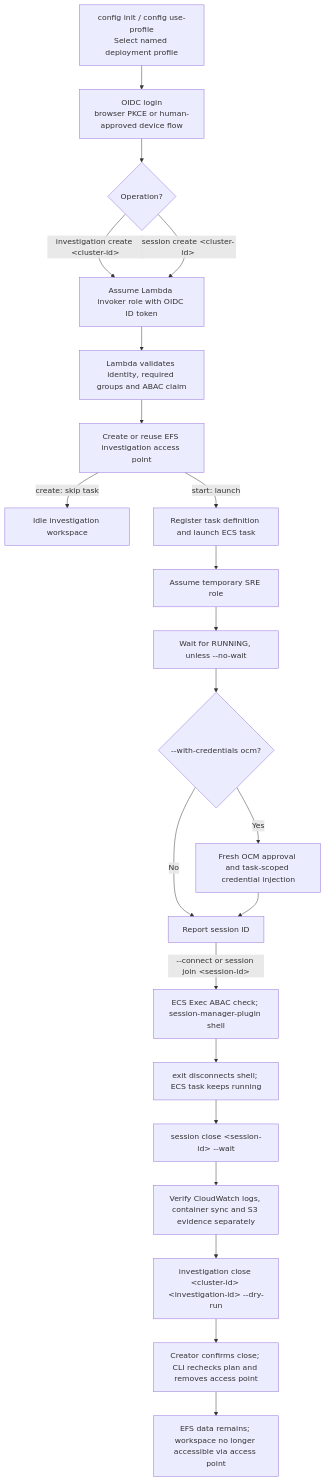
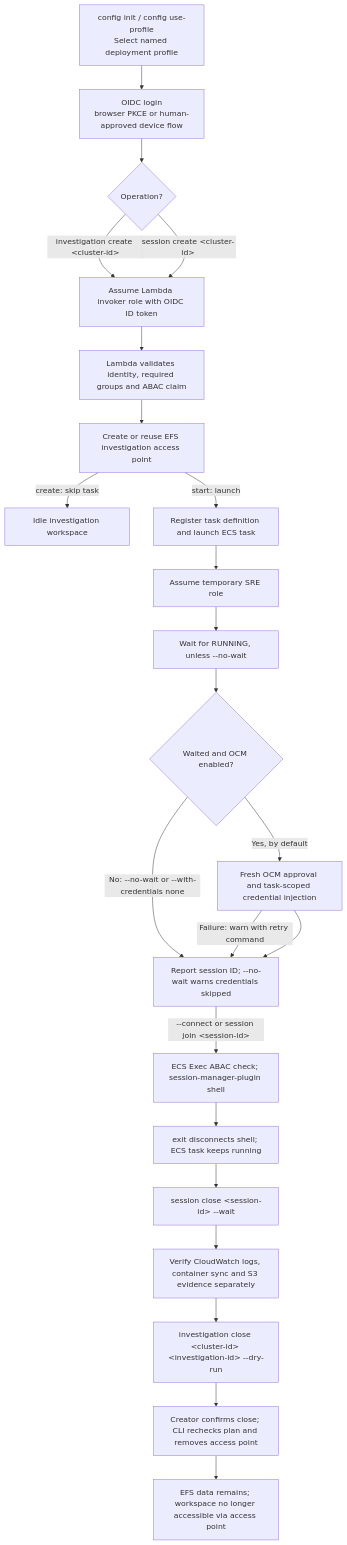
One commit to openshift-online/rosa-boundary changed the diagram in docs/workflows.md. Above: the diagram before and after it, drawn with Mermaid. The commit also changed 9 other files, not shown here.

Commit message:
Default session creation to OCM credential injection (#554)

````diff
--- a/docs/workflows.md
+++ b/docs/workflows.md
@@ -5,24 +5,25 @@
 ```mermaid
 flowchart TD
     PROFILE["config init / config use-profile<br/>Select named deployment profile"] --> AUTH["OIDC login<br/>browser PKCE or human-approved device flow"]
     AUTH --> CREATE{"Operation?"}
     CREATE -->|"investigation create &lt;cluster-id&gt;"| INVOKER["Assume Lambda invoker role with OIDC ID token"]
     CREATE -->|"session create &lt;cluster-id&gt;"| INVOKER
     INVOKER --> LAMBDA["Lambda validates identity, required groups and ABAC claim"]
     LAMBDA --> EFS["Create or reuse EFS investigation access point"]
     EFS -->|"create: skip task"| IDLE["Idle investigation workspace"]
     EFS -->|"start: launch"| TASK["Register task definition and launch ECS task"]
     TASK --> SRE["Assume temporary SRE role"]
     SRE --> WAIT["Wait for RUNNING, unless --no-wait"]
-    WAIT --> CRED{"--with-credentials ocm?"}
-    CRED -->|Yes| OCM["Fresh OCM approval and task-scoped credential injection"]
-    CRED -->|No| READY["Report session ID"]
+    WAIT --> CRED{"Waited and OCM enabled?"}
+    CRED -->|Yes, by default| OCM["Fresh OCM approval and task-scoped credential injection"]
+    CRED -->|No: --no-wait or --with-credentials none| READY["Report session ID; --no-wait warns credentials skipped"]
+    OCM -->|Failure: warn with retry command| READY
     OCM --> READY
     READY -->|"--connect or session join &lt;session-id&gt;"| EXEC["ECS Exec ABAC check; session-manager-plugin shell"]
     EXEC --> EXIT["exit disconnects shell; ECS task keeps running"]
     EXIT --> STOP["session close &lt;session-id&gt; --wait"]
     STOP --> AUDIT["Verify CloudWatch logs, container sync and S3 evidence separately"]
     AUDIT --> PLAN["investigation close &lt;cluster-id&gt; &lt;investigation-id&gt; --dry-run"]
     PLAN --> CLOSE["Creator confirms close; CLI rechecks plan and removes access point"]
     CLOSE --> IDLEDONE["EFS data remains; workspace no longer accessible via access point"]
 ```
````
